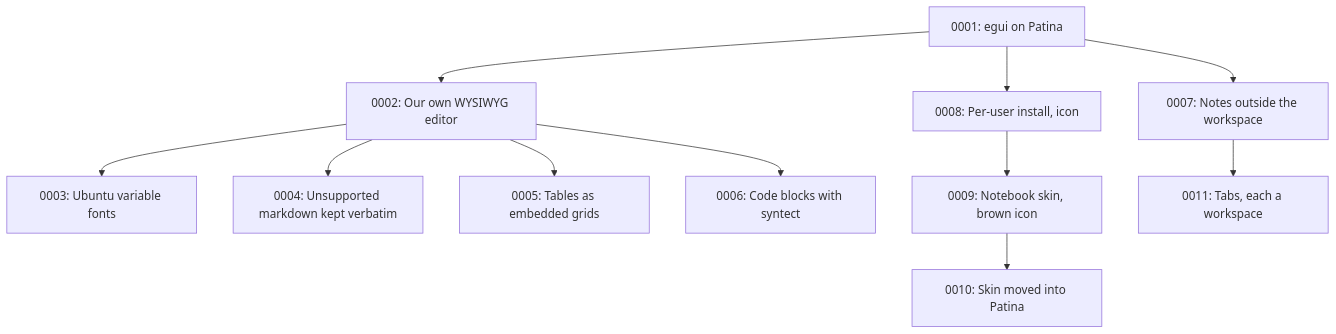
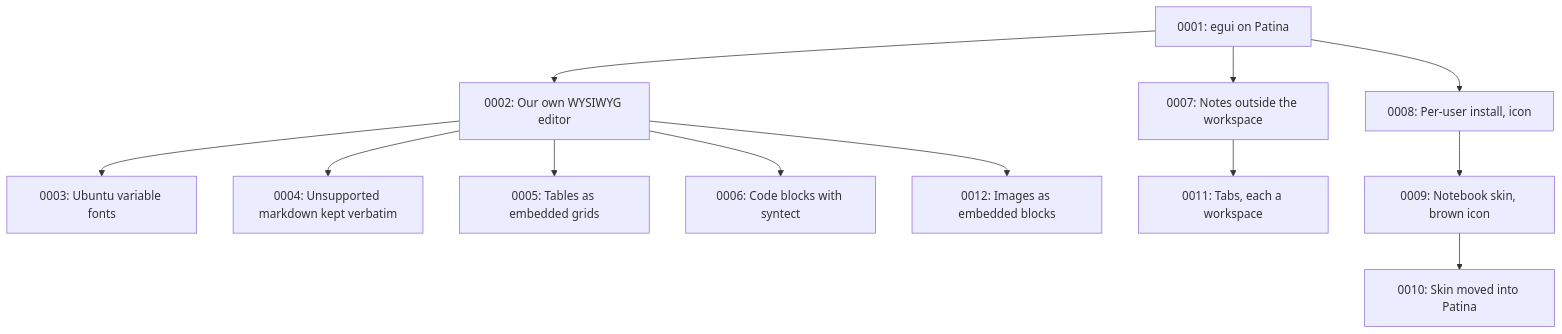
Before and after one commit to Sector-F-Labs/notebook: the diagram in docs/adr/README.md, drawn with Mermaid. The commit also changed other lines of this file and 10 other files, not shown here.

Commit message:
Images on their own line as embedded blocks (ADR-0012); open the skins folder and images with Patina's opener, not the browser

````diff
--- a/docs/adr/README.md
+++ b/docs/adr/README.md
@@ -58,13 +59,14 @@
 ```mermaid
 flowchart TD
     A[0001: egui on Patina] --> B[0002: Our own WYSIWYG editor]
     B --> C[0003: Ubuntu variable fonts]
     B --> D[0004: Unsupported markdown kept verbatim]
     B --> E[0005: Tables as embedded grids]
     B --> F[0006: Code blocks with syntect]
     A --> G[0007: Notes outside the workspace]
     A --> H[0008: Per-user install, icon]
     H --> I[0009: Notebook skin, brown icon]
     I --> J[0010: Skin moved into Patina]
     G --> K[0011: Tabs, each a workspace]
+    B --> L[0012: Images as embedded blocks]
 ```
````
